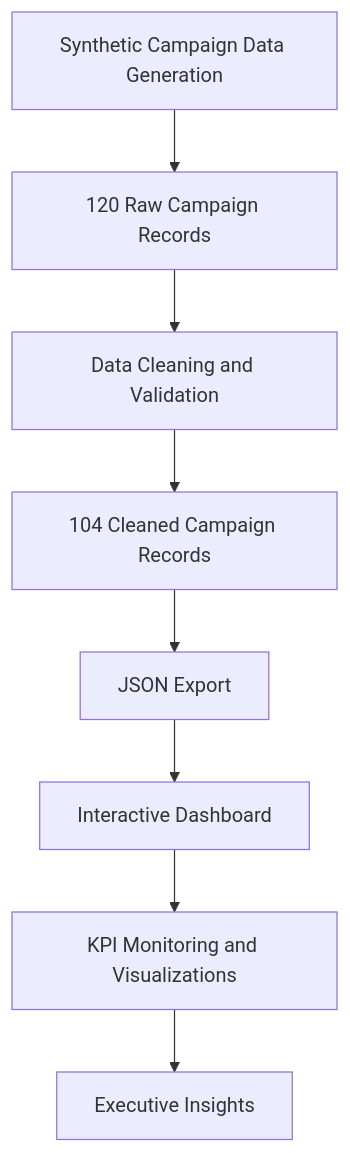
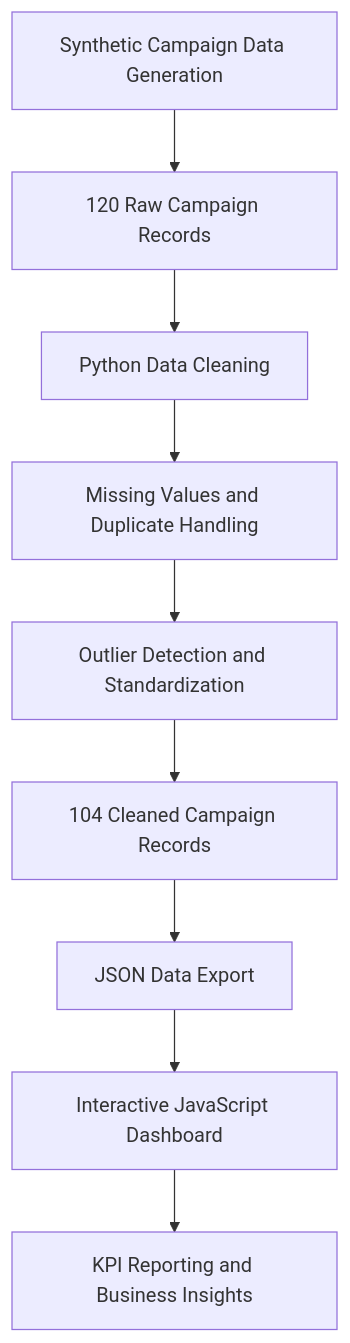
Before and after one commit to ds2204/marketing-campaign-performance-dashboard: the diagram in README.md, drawn with Mermaid. The commit also changed other lines of this file, not shown here.

````diff
--- a/README.md
+++ b/README.md
@@ -71,10 +63,11 @@
 ```mermaid
 flowchart TD
     A["Synthetic Campaign Data Generation"] --> B["120 Raw Campaign Records"]
-    B --> C["Data Cleaning and Validation"]
-    C --> D["104 Cleaned Campaign Records"]
-    D --> E["JSON Export"]
-    E --> F["Interactive Dashboard"]
-    F --> G["KPI Monitoring and Visualizations"]
-    G --> H["Executive Insights"]
+    B --> C["Python Data Cleaning"]
+    C --> D["Missing Values and Duplicate Handling"]
+    D --> E["Outlier Detection and Standardization"]
+    E --> F["104 Cleaned Campaign Records"]
+    F --> G["JSON Data Export"]
+    G --> H["Interactive JavaScript Dashboard"]
+    H --> I["KPI Reporting and Business Insights"]
 ```
````
